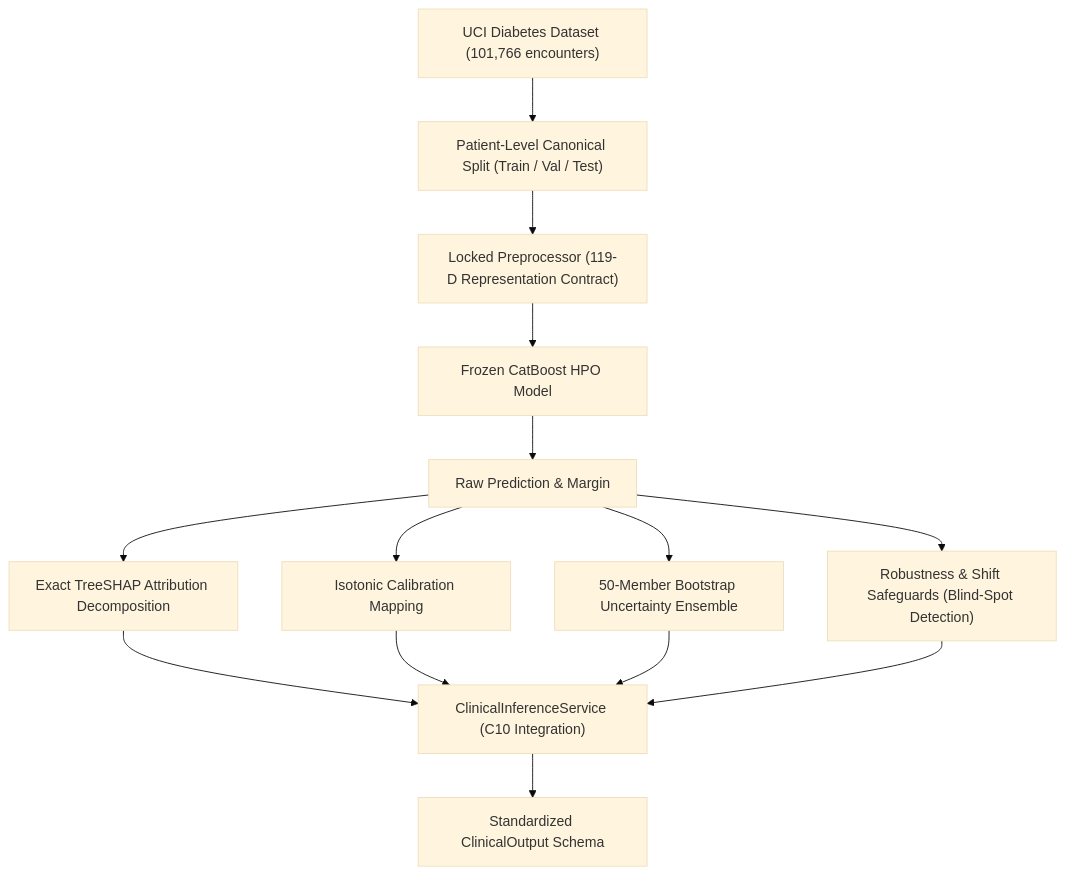
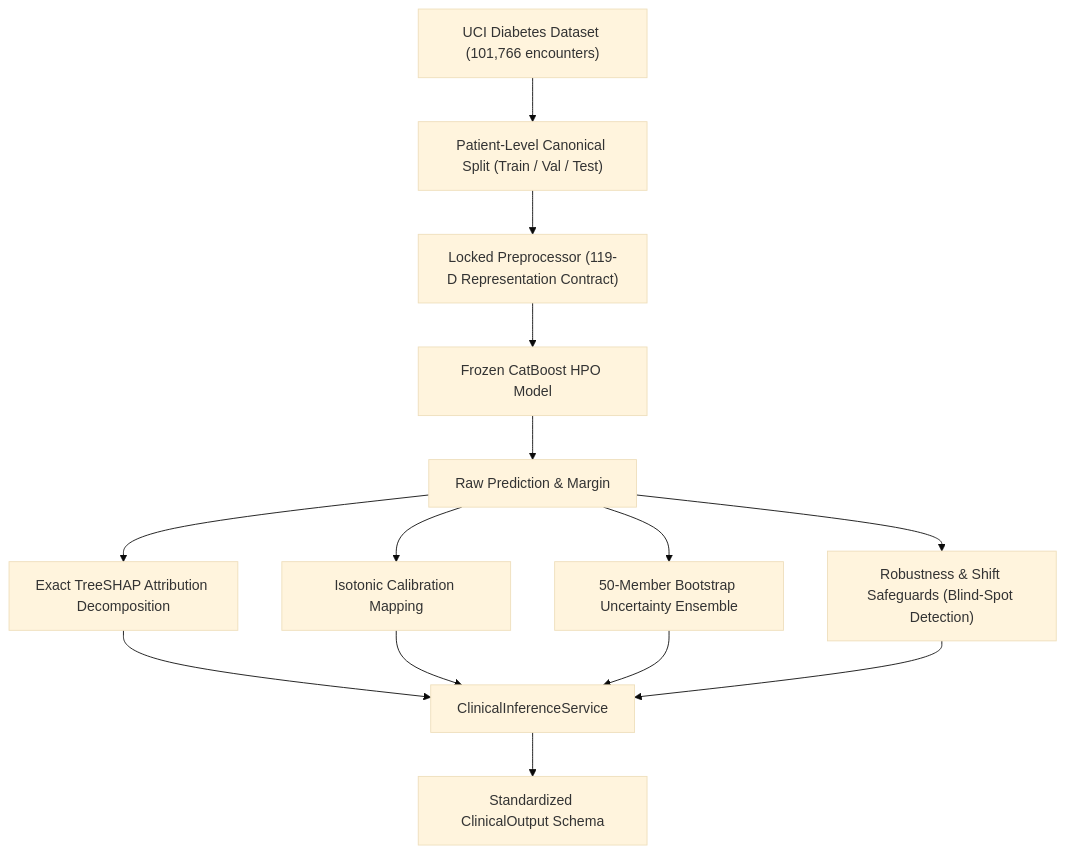
One commit to Dr-Venom29/FusionMedAI changed the third of 3 diagrams in README.md. Above: the diagram before and after it, drawn with Mermaid (base theme). The commit also changed other lines of this file and 16 other files, not shown here.

````diff
--- a/README.md
+++ b/README.md
@@ -120,16 +120,16 @@
 ```mermaid
 flowchart TD
     D1["UCI Diabetes Dataset (101,766 encounters)"] --> S1["Patient-Level Canonical Split (Train / Val / Test)"]
     S1 --> P1["Locked Preprocessor (119-D Representation Contract)"]
     P1 --> M1["Frozen CatBoost HPO Model"]
     M1 --> BR["Raw Prediction & Margin"]
     BR --> E1["Exact TreeSHAP Attribution Decomposition"]
     BR --> C1["Isotonic Calibration Mapping"]
     BR --> U1["50-Member Bootstrap Uncertainty Ensemble"]
     BR --> R1["Robustness & Shift Safeguards (Blind-Spot Detection)"]
-    E1 --> INT["ClinicalInferenceService (C10 Integration)"]
+    E1 --> INT["ClinicalInferenceService"]
     C1 --> INT
     U1 --> INT
     R1 --> INT
     INT --> OUT["Standardized ClinicalOutput Schema"]
 ```
````
